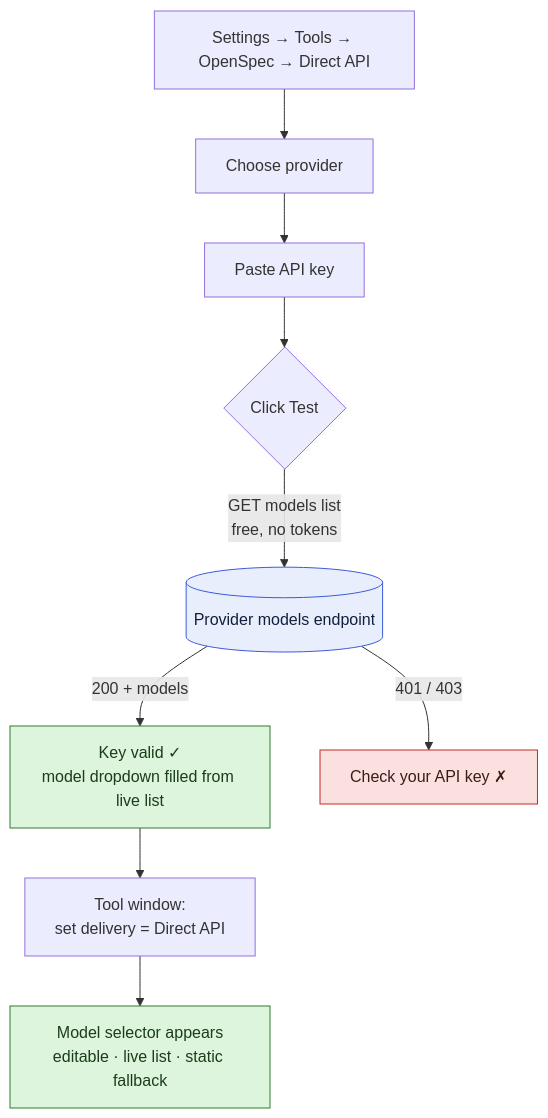
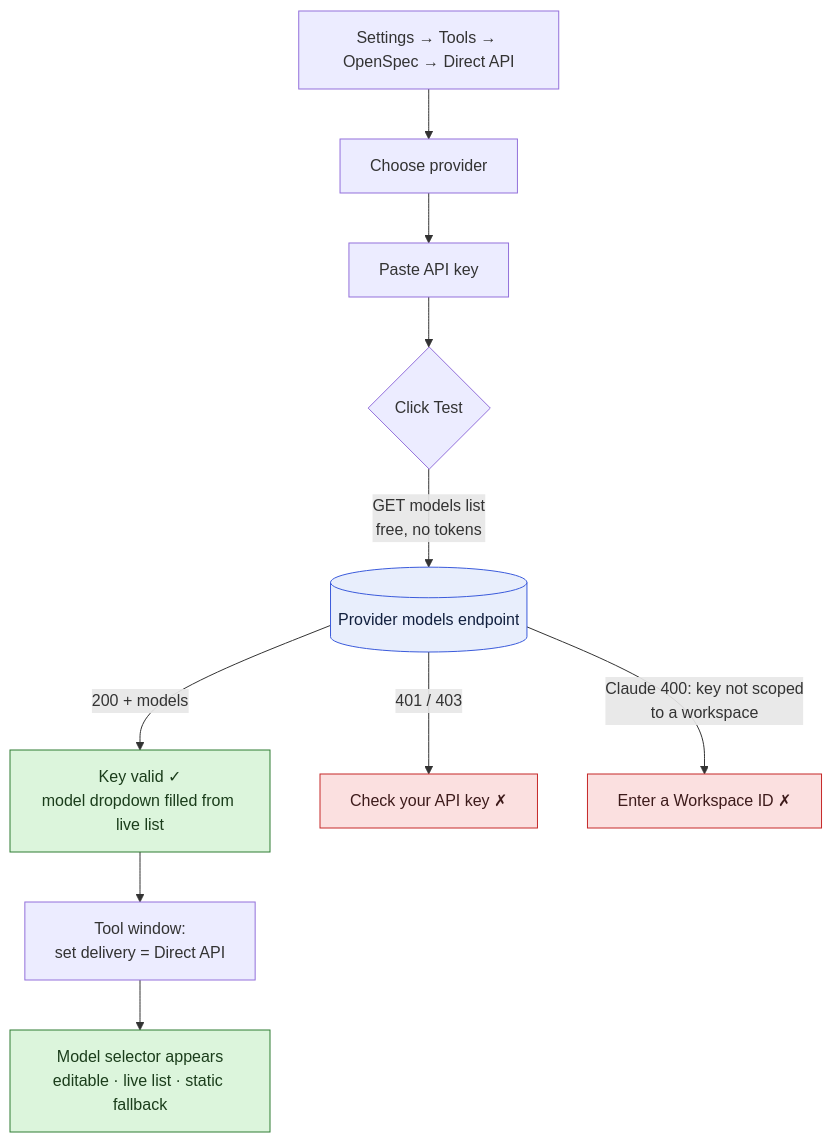
One commit to johnnyblabs/intellij-openspec changed the first of 3 diagrams in docs/direct-api-workflow.md. Above: the diagram before and after it, drawn with Mermaid. The commit also changed other lines of this file and 40 other files, not shown here.

First line of the commit message:
fix: Claude workspace keys, thinking replies, specs over Direct API, AI tools refresh

````diff
--- a/docs/direct-api-workflow.md
+++ b/docs/direct-api-workflow.md
@@ -27,18 +28,19 @@
 ```mermaid
 flowchart TD
     A[Settings → Tools → OpenSpec → Direct API] --> B[Choose provider]
     B --> C[Paste API key]
     C --> D{Click Test}
     D -->|GET models list<br/>free, no tokens| E[(Provider models endpoint)]
     E -->|200 + models| F[Key valid ✓<br/>model dropdown filled from live list]
     E -->|401 / 403| G[Check your API key ✗]
+    E -->|Claude 400: key not scoped<br/>to a workspace| W[Enter a Workspace ID ✗]
     F --> H[Tool window:<br/>set delivery = Direct API]
     H --> I[Model selector appears<br/>editable · live list · static fallback]
 
     classDef ok fill:#dcf5dc,stroke:#2e7d32,color:#1b3d1b;
     classDef bad fill:#fbe0e0,stroke:#c62828,color:#3d1b1b;
     classDef ext fill:#e8eefc,stroke:#3b5bdb,color:#12203f;
     class F,I ok;
-    class G bad;
+    class G,W bad;
     class E ext;
 ```
````
